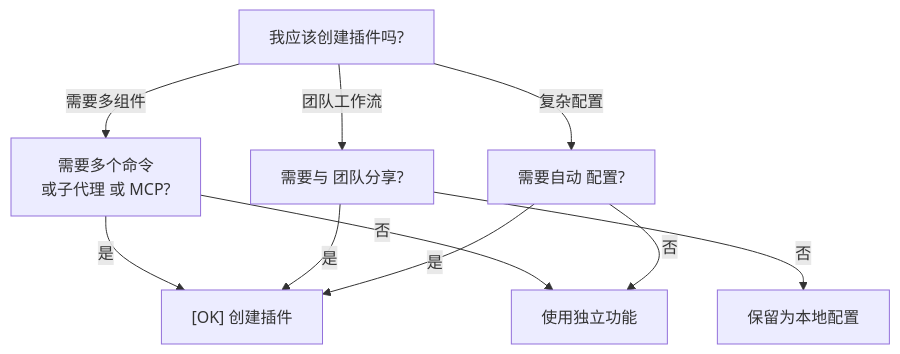
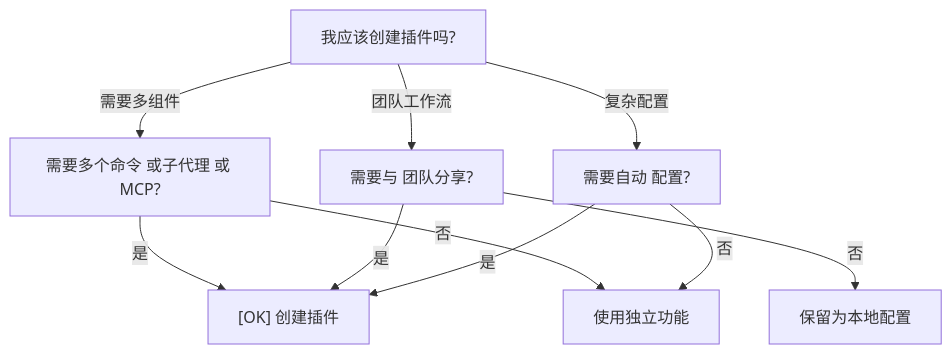
Before and after one commit to Rx782-Fss/claude-howto-zh: the fifth of 5 diagrams in 07-plugins/README.md, drawn with Mermaid. The commit also changed 6 other files, not shown here.

Commit message:
fix: 清除 Mermaid 内所有全角标点/emoji/<br/> (最终修复)

````diff
--- a/07-plugins/README.md
+++ b/07-plugins/README.md
@@ -639,13 +639,13 @@
 ```mermaid
 graph TD
     A["我应该创建插件吗?"]
-    A -->|需要多组件| B["需要多个命令<br/>或子代理 或 MCP?"]
+    A -->|需要多组件| B["需要多个命令 或子代理 或 MCP?"]
     B -->|是| C["[OK] 创建插件"]
     B -->|否| D["使用独立功能"]
     A -->|团队工作流| E["需要与 团队分享?"]
     E -->|是| C
     E -->|否| F["保留为本地配置"]
     A -->|复杂配置| G["需要自动 配置?"]
     G -->|是| C
     G -->|否| D
 ```
````
